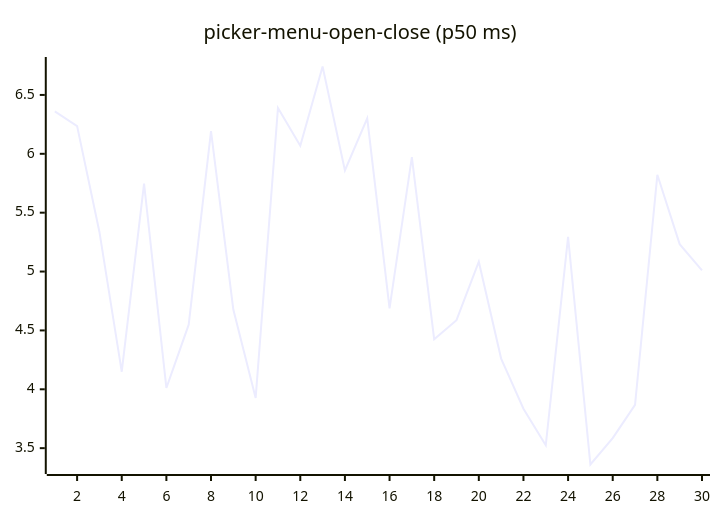
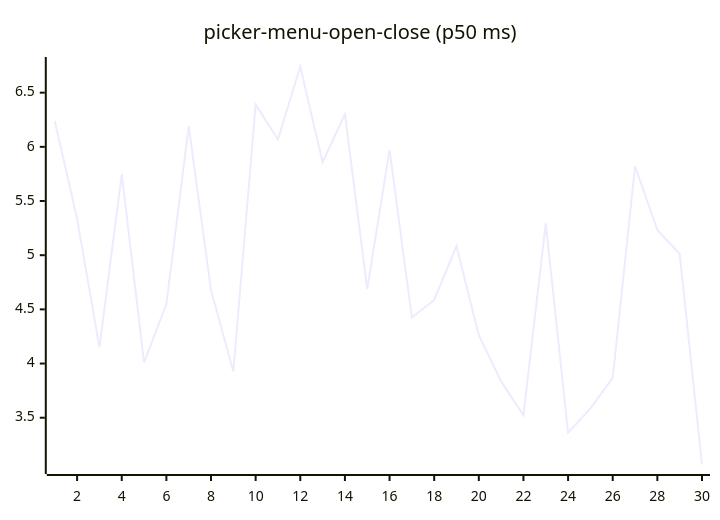
Diagram 16 of 27 in README.md (josha/Facet), drawn with Mermaid before and after one commit. The commit also changed other lines of this file and 2 other files, not shown here.

````diff
--- a/README.md
+++ b/README.md
@@ -168,6 +168,6 @@
 ```mermaid
 xychart-beta
     title "picker-menu-open-close (p50 ms)"
     x-axis 1 --> 30
-    line [6.3599, 6.2355, 5.3362, 4.1492, 5.7473, 4.0112, 4.5489, 6.1919, 4.6774, 3.9267, 6.3897, 6.0683, 6.7415, 5.8582, 6.3016, 4.6878, 5.9725, 4.4246, 4.5868, 5.0832, 4.2609, 3.8354, 3.5244, 5.2942, 3.3612, 3.5857, 3.8672, 5.8216, 5.2328, 5.0107]
+    line [6.2355, 5.3362, 4.1492, 5.7473, 4.0112, 4.5489, 6.1919, 4.6774, 3.9267, 6.3897, 6.0683, 6.7415, 5.8582, 6.3016, 4.6878, 5.9725, 4.4246, 4.5868, 5.0832, 4.2609, 3.8354, 3.5244, 5.2942, 3.3612, 3.5857, 3.8672, 5.8216, 5.2328, 5.0107, 3.0683]
 ```
````
